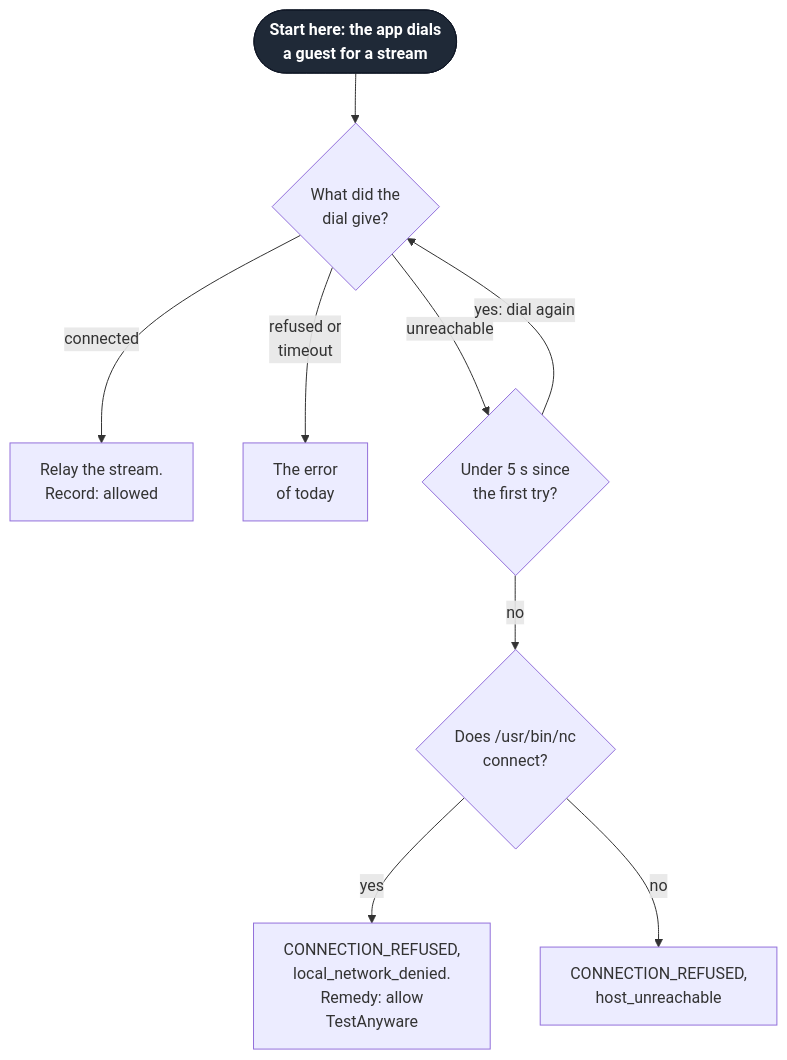
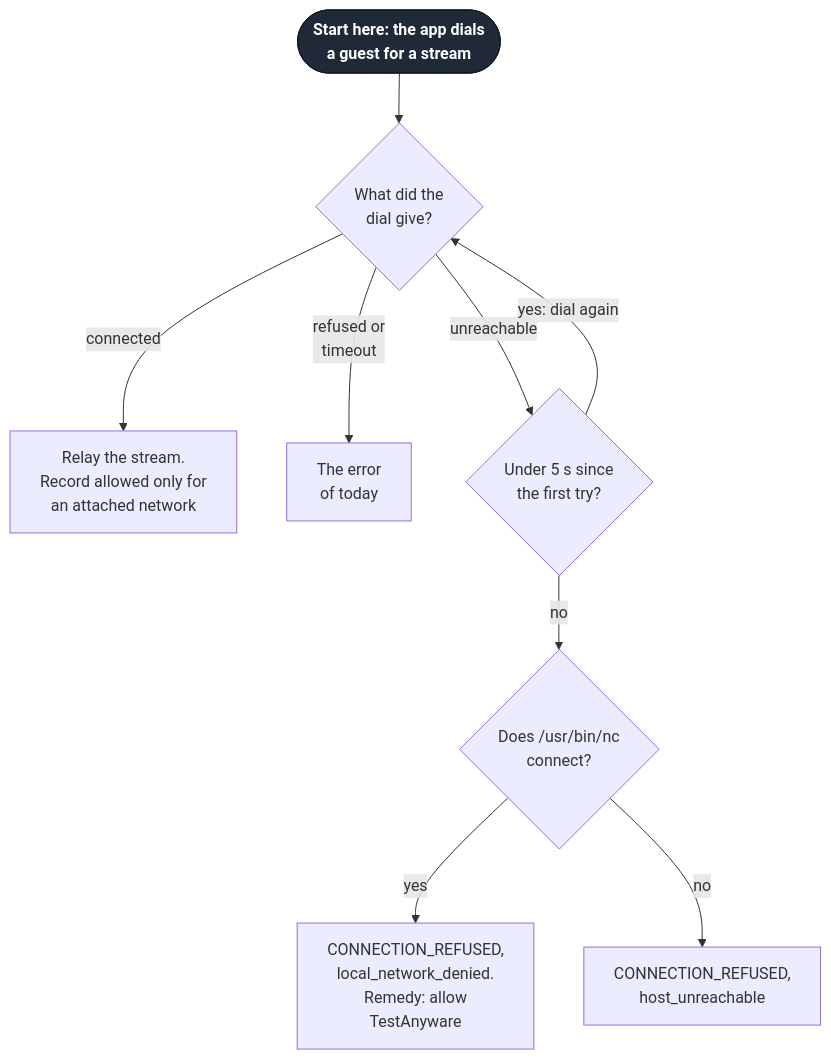
Before and after one commit to Linkuistics/TestAnyware: the eighth of 9 diagrams in docs/specs/testanyware-app.md, drawn with Mermaid. The commit also changed other lines of this file and 10 other files, not shown here.

````diff
--- a/docs/specs/testanyware-app.md
+++ b/docs/specs/testanyware-app.md
@@ -411,12 +478,12 @@
 ```mermaid
 flowchart TD
   s(["Start here: the app dials<br/>a guest for a stream"]):::start --> r{"What did the<br/>dial give?"}
-  r -- "connected" --> ok["Relay the stream.<br/>Record: allowed"]
+  r -- "connected" --> ok["Relay the stream.<br/>Record allowed only for<br/>an attached network"]
   r -- "refused or<br/>timeout" --> e1["The error<br/>of today"]
   r -- "unreachable" --> w{"Under 5 s since<br/>the first try?"}
   w -- "yes: dial again" --> r
   w -- "no" --> nc{"Does /usr/bin/nc<br/>connect?"}
   nc -- "yes" --> den["CONNECTION_REFUSED,<br/>local_network_denied.<br/>Remedy: allow<br/>TestAnyware"]
   nc -- "no" --> un["CONNECTION_REFUSED,<br/>host_unreachable"]
   classDef start fill:#1f2937,stroke:#111827,color:#ffffff,font-weight:bold
 ```
````
